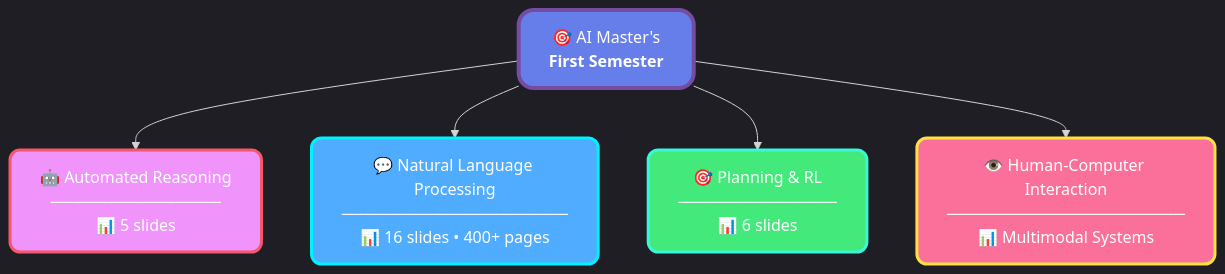
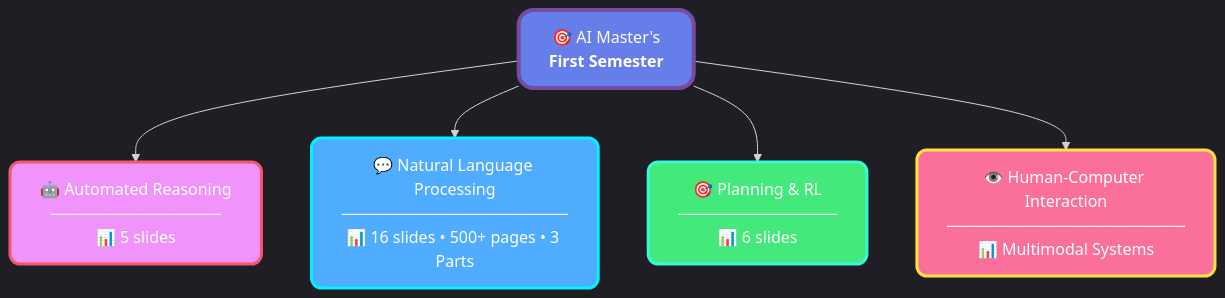
One commit to djacoo/AI---PRIMO-SEMESTRE changed the diagram in README.md. Above: the diagram before and after it, drawn with Mermaid. The commit also changed other lines of this file, not shown here.

````diff
--- a/README.md
+++ b/README.md
@@ -65,14 +65,14 @@
 ```mermaid
 %%{init: {'theme':'dark', 'themeVariables': {'fontSize': '16px'}}}%%
 graph TD
     A["🎯 AI Master's<br/><b>First Semester</b>"] --> B["🤖 Automated Reasoning<br/>───────────────<br/>📊 5 slides"]
-    A --> C["💬 Natural Language Processing<br/>────────────────────<br/>📊 16 slides • 400+ pages"]
+    A --> C["💬 Natural Language Processing<br/>────────────────────<br/>📊 16 slides • 500+ pages • 3 Parts"]
     A --> D["🎯 Planning & RL<br/>──────────────<br/>📊 6 slides"]
     A --> E["👁️ Human-Computer Interaction<br/>─────────────────────<br/>📊 Multimodal Systems"]
     
     style A fill:#667eea,stroke:#764ba2,stroke-width:4px,color:#fff,rx:15,ry:15
     style B fill:#f093fb,stroke:#f5576c,stroke-width:3px,color:#fff,rx:10,ry:10
     style C fill:#4facfe,stroke:#00f2fe,stroke-width:3px,color:#fff,rx:10,ry:10
     style D fill:#43e97b,stroke:#38f9d7,stroke-width:3px,color:#fff,rx:10,ry:10
     style E fill:#fa709a,stroke:#fee140,stroke-width:3px,color:#fff,rx:10,ry:10
 ```
````
